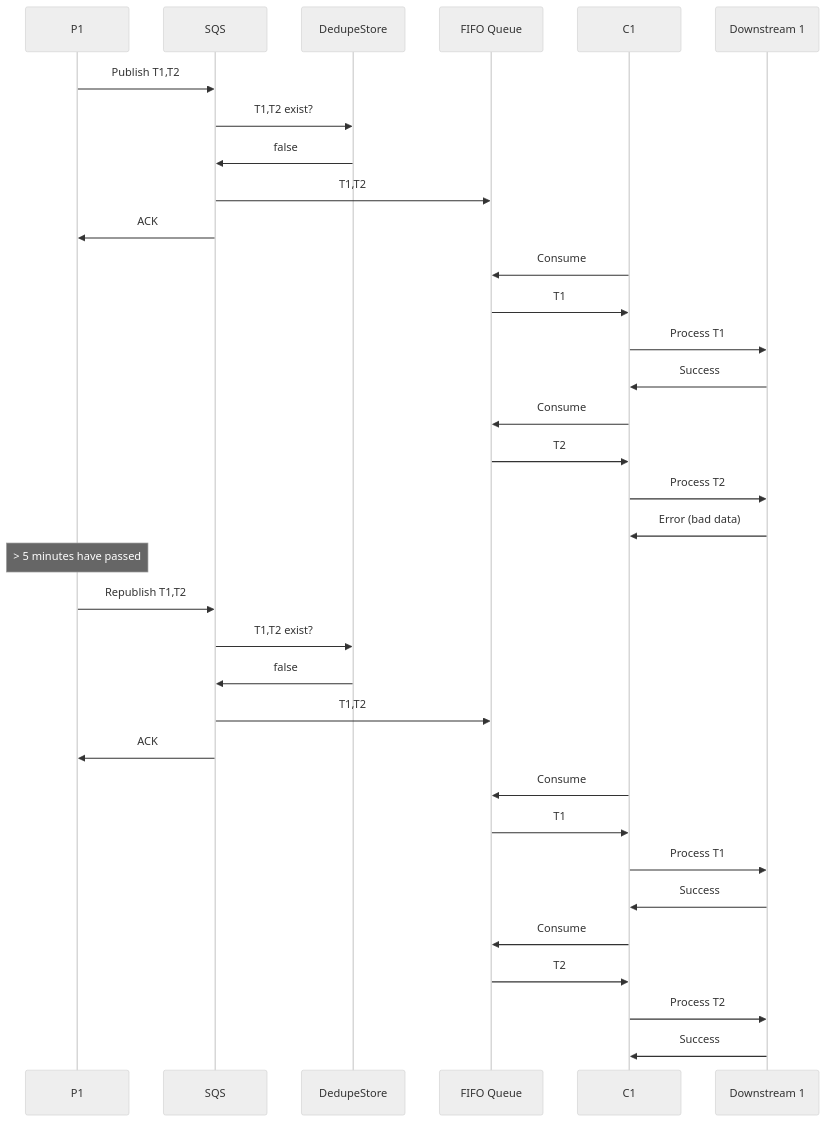
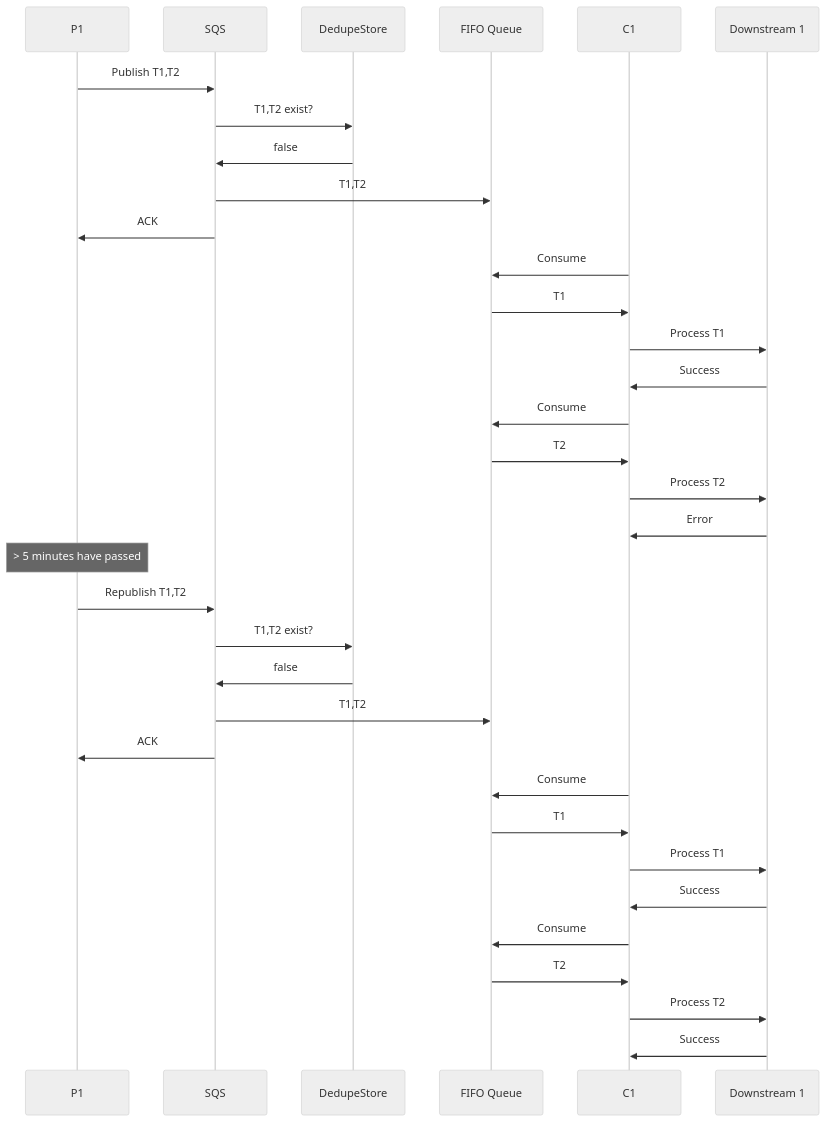
Before and after one commit to vp89/vp89.github.io: the fourth of 4 diagrams in _posts/2020-08-23-sqs-fifo-not-so-fast.md, drawn with Mermaid (neutral theme).

```diff
--- a/_posts/2020-08-23-sqs-fifo-not-so-fast.md
+++ b/_posts/2020-08-23-sqs-fifo-not-so-fast.md
@@ -99,36 +99,36 @@
 <div class="mermaid">
 sequenceDiagram
     participant P1
     participant SQS
     participant DedupeStore
     participant FIFO Queue
     participant C1
     participant Downstream 1
     P1->>SQS: Publish T1,T2
     SQS->>DedupeStore: T1,T2 exist?
     DedupeStore->>SQS: false
     SQS->>FIFO Queue: T1,T2
     SQS->>P1: ACK
     C1->>FIFO Queue: Consume
     FIFO Queue->>C1: T1
     C1->>Downstream 1: Process T1
     Downstream 1->>C1: Success
     C1->>FIFO Queue: Consume
     FIFO Queue->>C1: T2
     C1->>Downstream 1: Process T2
-    Downstream 1->>C1: Error (bad data)
+    Downstream 1->>C1: Error
     Note over P1: > 5 minutes have passed
     P1->>SQS: Republish T1,T2
     SQS->>DedupeStore: T1,T2 exist?
     DedupeStore->>SQS: false
     SQS->>FIFO Queue: T1,T2
     SQS->>P1: ACK
     C1->>FIFO Queue: Consume
     FIFO Queue->>C1: T1
     C1->>Downstream 1: Process T1
     Downstream 1->>C1: Success
     C1->>FIFO Queue: Consume
     FIFO Queue->>C1: T2
     C1->>Downstream 1: Process T2
     Downstream 1->>C1: Success
 </div>
```
